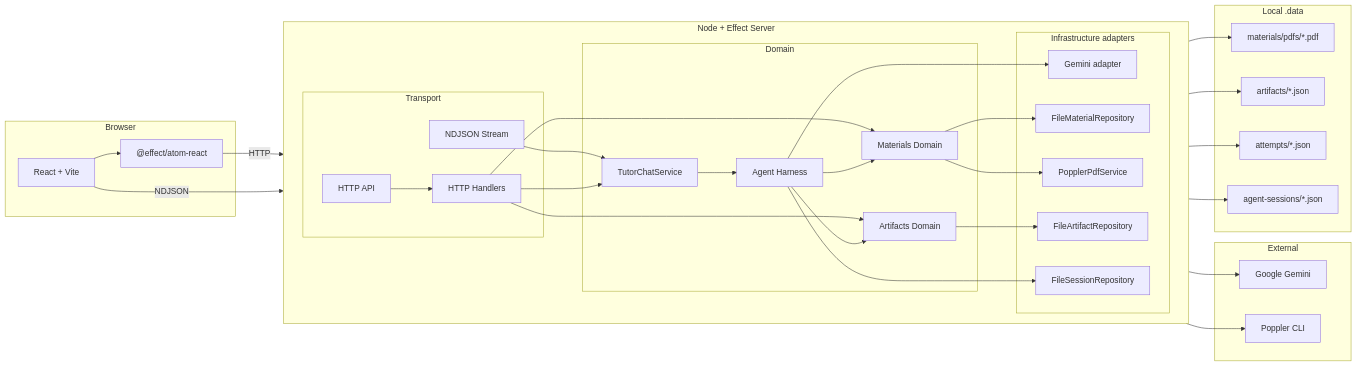
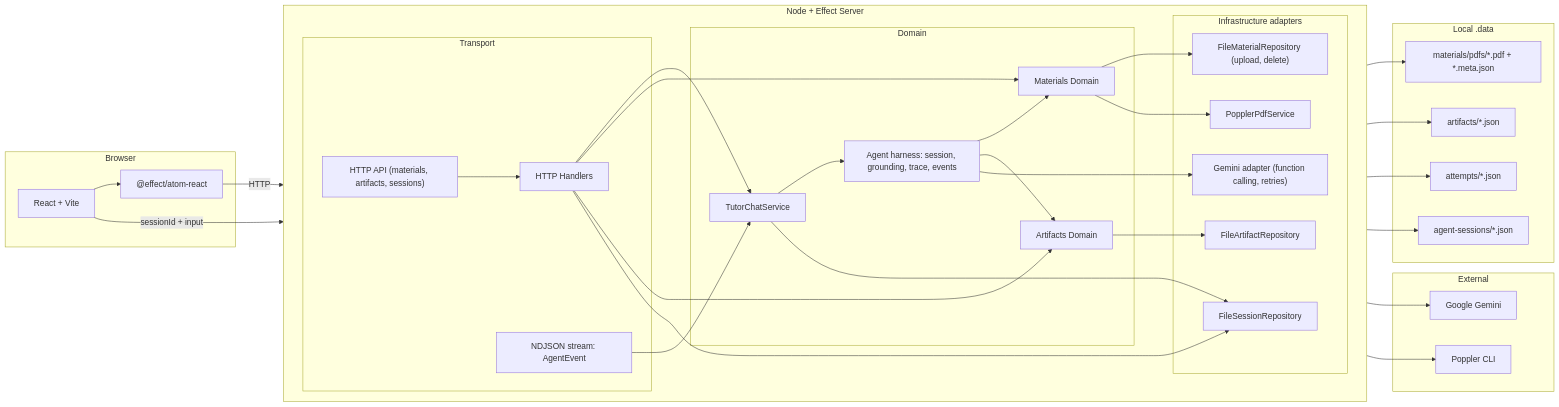
The first of 4 diagrams in docs/architecture.md (liberto6/proxus-challenge), drawn with Mermaid before and after one commit. The commit also changed other lines of this file and 18 other files, not shown here.

````diff
--- a/docs/architecture.md
+++ b/docs/architecture.md
@@ -5,69 +5,70 @@
 ```mermaid
 flowchart LR
   subgraph Browser["Browser"]
     Web["React + Vite"]
     Atoms["@effect/atom-react"]
   end
 
   subgraph Server["Node + Effect Server"]
     direction LR
 
     subgraph Transport["Transport"]
-      Http["HTTP API"]
-      Stream["NDJSON Stream"]
+      Http["HTTP API (materials, artifacts, sessions)"]
+      Stream["NDJSON stream: AgentEvent"]
       Handlers["HTTP Handlers"]
     end
 
     subgraph Domain["Domain"]
       Tutor["TutorChatService"]
-      Harness["Agent Harness"]
+      Harness["Agent harness: session, grounding, trace, events"]
       Materials["Materials Domain"]
       Artifacts["Artifacts Domain"]
     end
 
     subgraph Infra["Infrastructure adapters"]
-      GeminiAdapter["Gemini adapter"]
+      GeminiAdapter["Gemini adapter (function calling, retries)"]
       PopplerService["PopplerPdfService"]
-      FileMaterials["FileMaterialRepository"]
+      FileMaterials["FileMaterialRepository (upload, delete)"]
       FileArtifacts["FileArtifactRepository"]
       FileSessions["FileSessionRepository"]
     end
   end
 
   subgraph External["External"]
     Gemini["Google Gemini"]
     Poppler["Poppler CLI"]
   end
 
   subgraph Storage["Local .data"]
-    PDFs["materials/pdfs/*.pdf"]
+    PDFs["materials/pdfs/*.pdf + *.meta.json"]
     ArtifactJson["artifacts/*.json"]
     Attempts["attempts/*.json"]
     Sessions["agent-sessions/*.json"]
   end
 
   Web --> Atoms
   Atoms -->|"HTTP"| Http
-  Web -->|"NDJSON"| Stream
+  Web -->|"sessionId + input"| Stream
   Http --> Handlers
   Stream --> Tutor
   Handlers --> Tutor
   Handlers --> Materials
   Handlers --> Artifacts
+  Handlers --> FileSessions
   Tutor --> Harness
+  Tutor --> FileSessions
   Harness --> Materials
   Harness --> Artifacts
 
   Harness --> GeminiAdapter
   Materials --> FileMaterials
   Materials --> PopplerService
   Artifacts --> FileArtifacts
-  Harness --> FileSessions
 
   GeminiAdapter --> Gemini
   PopplerService --> Poppler
   FileMaterials --> PDFs
   FileArtifacts --> ArtifactJson
   FileArtifacts --> Attempts
   FileSessions --> Sessions
 ```
````
